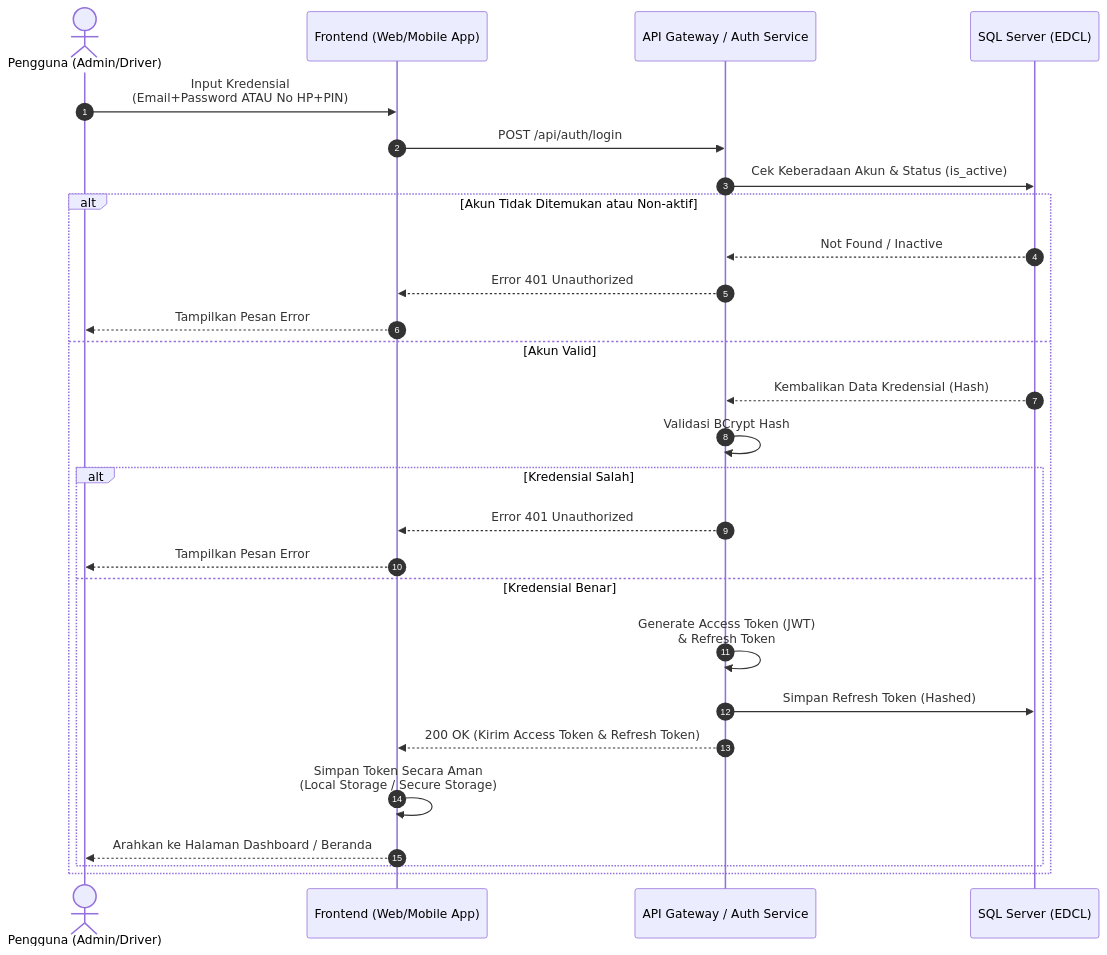
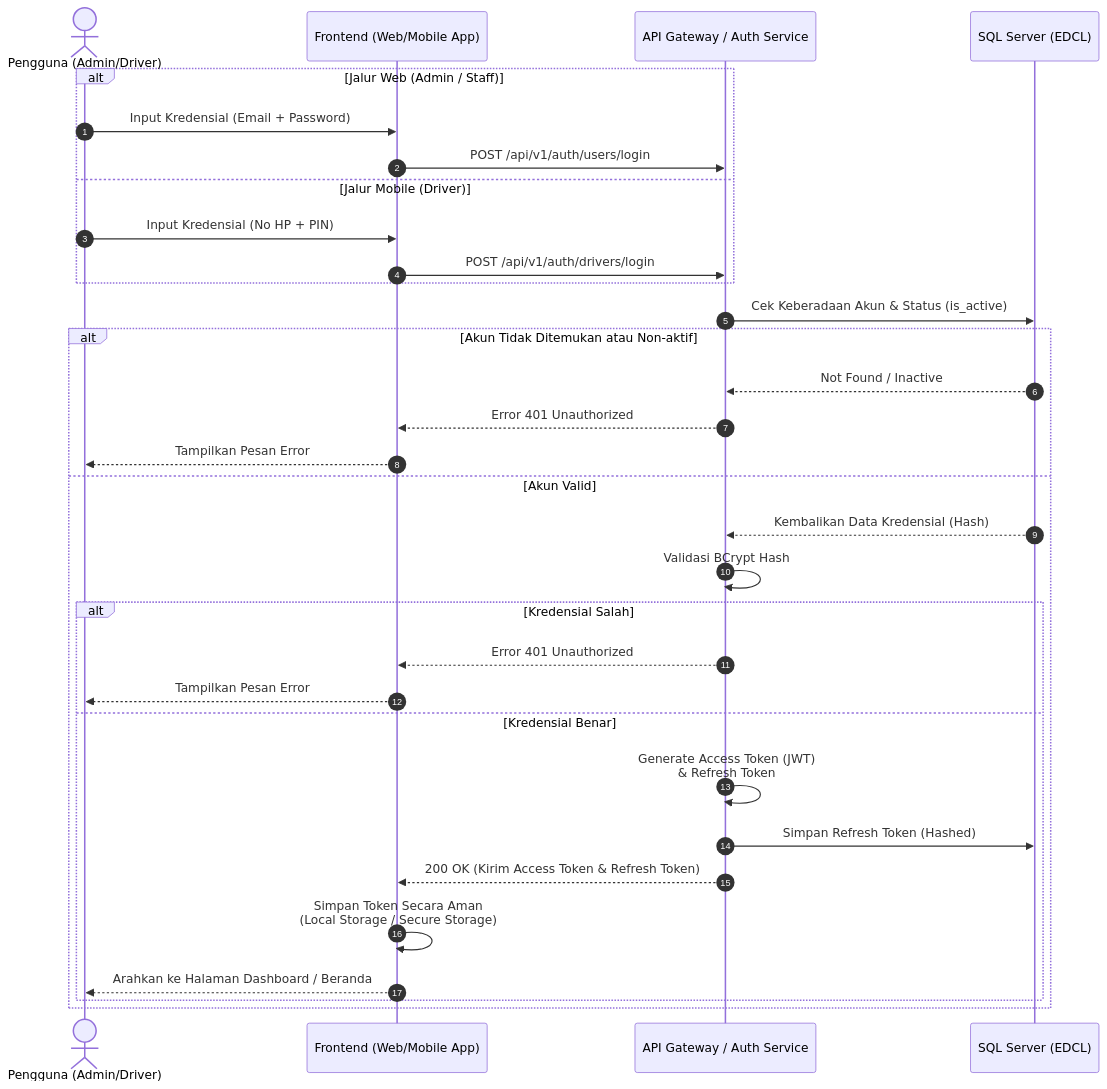
Before and after one commit to odealidj/minione-edcl-net: the first of 2 diagrams in docs/bisnis-proses/login.md, drawn with Mermaid.

Commit message:
docs: separate Web and Mobile login endpoints in sequence diagram

````diff
--- a/docs/bisnis-proses/login.md
+++ b/docs/bisnis-proses/login.md
@@ -20,34 +20,39 @@
 ```mermaid
 sequenceDiagram
     autonumber
     actor User as Pengguna (Admin/Driver)
     participant Client as Frontend (Web/Mobile App)
     participant AuthAPI as API Gateway / Auth Service
     participant DB as SQL Server (EDCL)
 
-    User->>Client: Input Kredensial<br/>(Email+Password ATAU No HP+PIN)
-    Client->>AuthAPI: POST /api/auth/login
+    alt Jalur Web (Admin / Staff)
+        User->>Client: Input Kredensial (Email + Password)
+        Client->>AuthAPI: POST /api/v1/auth/users/login
+    else Jalur Mobile (Driver)
+        User->>Client: Input Kredensial (No HP + PIN)
+        Client->>AuthAPI: POST /api/v1/auth/drivers/login
+    end
     
     AuthAPI->>DB: Cek Keberadaan Akun & Status (is_active)
     
     alt Akun Tidak Ditemukan atau Non-aktif
         DB-->>AuthAPI: Not Found / Inactive
         AuthAPI-->>Client: Error 401 Unauthorized
         Client-->>User: Tampilkan Pesan Error
     else Akun Valid
         DB-->>AuthAPI: Kembalikan Data Kredensial (Hash)
         AuthAPI->>AuthAPI: Validasi BCrypt Hash
         
         alt Kredensial Salah
             AuthAPI-->>Client: Error 401 Unauthorized
             Client-->>User: Tampilkan Pesan Error
         else Kredensial Benar
             AuthAPI->>AuthAPI: Generate Access Token (JWT)<br/>& Refresh Token
             AuthAPI->>DB: Simpan Refresh Token (Hashed)
             AuthAPI-->>Client: 200 OK (Kirim Access Token & Refresh Token)
             
             Client->>Client: Simpan Token Secara Aman<br/>(Local Storage / Secure Storage)
             Client-->>User: Arahkan ke Halaman Dashboard / Beranda
         end
     end
 ```
````
